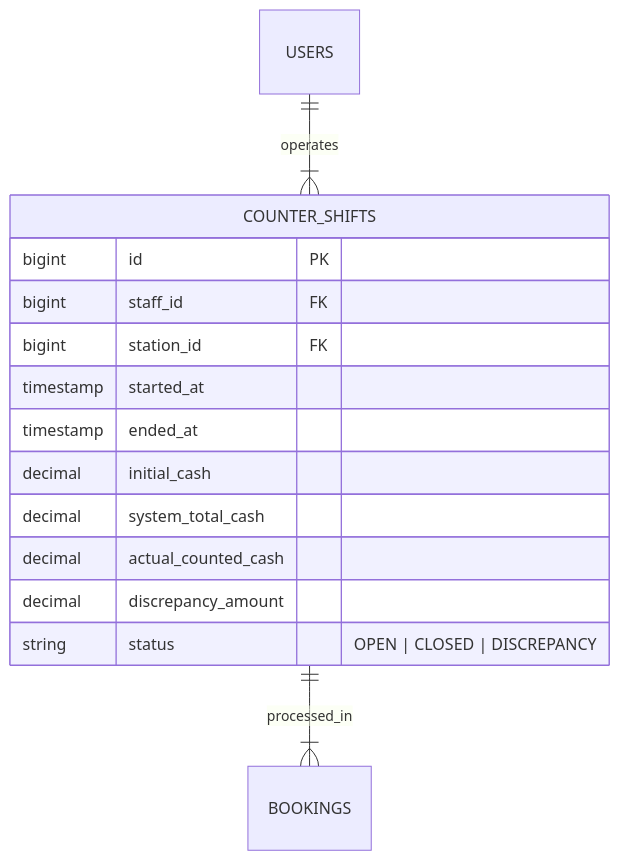
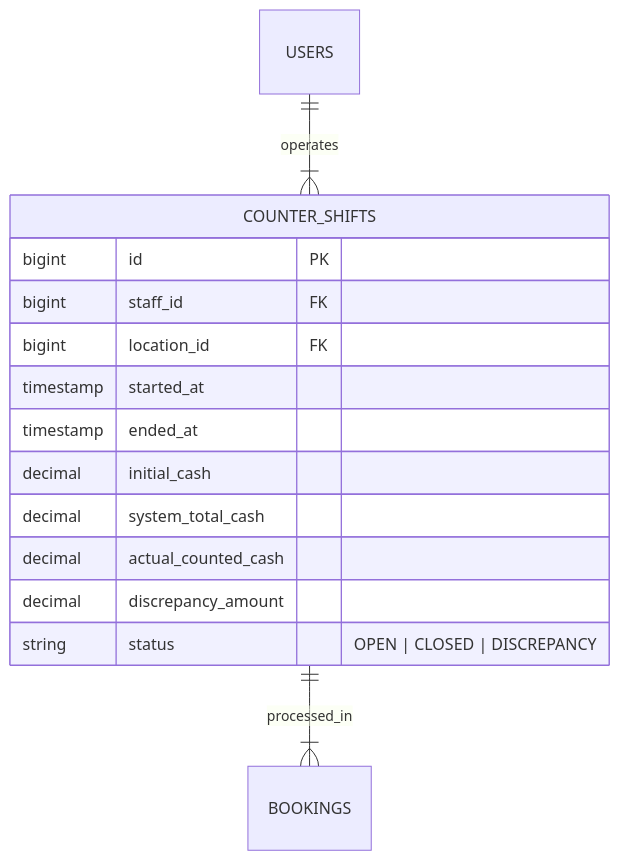
Before and after one commit to tomone2kd000-ux/superdong-booking-system: the second of 2 diagrams in content/docs/chuong-06-van-hanh-ca-ban-ve-audit-va-cronjob/02-quan-ly-ca-lam-viec-va-ket-ca.mdx, drawn with Mermaid. The commit also changed 1 other file, not shown here.

Commit message:
fix: replace STATIONS/station_id with official ERD table LOCATIONS/location_id

````diff
--- a/content/docs/chuong-06-van-hanh-ca-ban-ve-audit-va-cronjob/02-quan-ly-ca-lam-viec-va-ket-ca.mdx
+++ b/content/docs/chuong-06-van-hanh-ca-ban-ve-audit-va-cronjob/02-quan-ly-ca-lam-viec-va-ket-ca.mdx
@@ -37,18 +37,18 @@
 ```mermaid
 erDiagram
     USERS ||--|{ COUNTER_SHIFTS : operates
     COUNTER_SHIFTS ||--|{ BOOKINGS : processed_in
 
     COUNTER_SHIFTS {
         bigint id PK
         bigint staff_id FK
-        bigint station_id FK
+        bigint location_id FK
         timestamp started_at
         timestamp ended_at
         decimal initial_cash
         decimal system_total_cash
         decimal actual_counted_cash
         decimal discrepancy_amount
         string status "OPEN | CLOSED | DISCREPANCY"
     }
 ```
````
